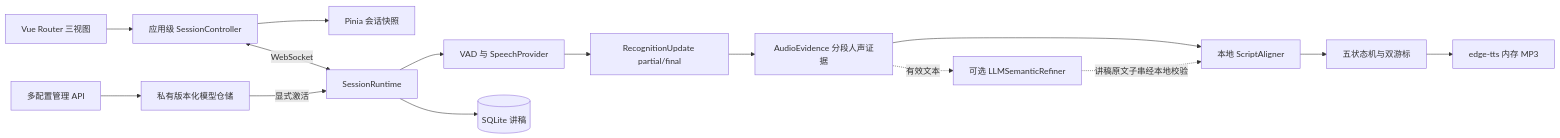
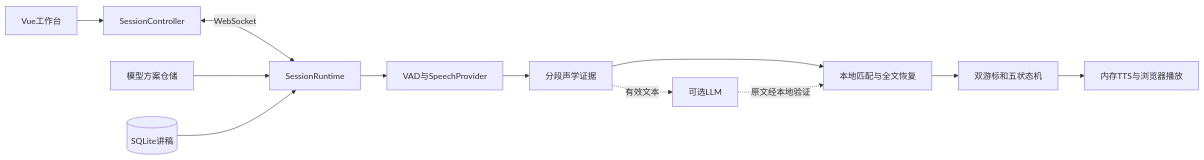
One commit to AstolfoNS/whisper-guide changed the diagram in docs/architecture.md. Above: the diagram before and after it, drawn with Mermaid. The commit also changed other lines of this file and 146 other files, not shown here.

````diff
--- a/docs/architecture.md
+++ b/docs/architecture.md
@@ -5,17 +7,14 @@
 ```mermaid
 flowchart LR
-  V[Vue Router 三视图] --> C[应用级 SessionController]
-  C --> S[Pinia 会话快照]
-  C <-->|WebSocket| A[SessionRuntime]
-  A --> P[VAD 与 SpeechProvider]
-  P --> R[RecognitionUpdate partial/final]
-  R --> E[AudioEvidence 分段人声证据]
-  E --> L[本地 ScriptAligner]
-  L --> D[五状态机与双游标]
-  D --> T[edge-tts 内存 MP3]
-  E -.有效文本.-> M[可选 LLMSemanticRefiner]
-  M -.讲稿原文子串经本地校验.-> L
-  F[多配置管理 API] --> Q[私有版本化模型仓储]
-  Q -->|显式激活| A
-  A --> B[(SQLite 讲稿)]
+  V[Vue工作台] --> C[SessionController]
+  C <-->|WebSocket| R[SessionRuntime]
+  R --> A[VAD与SpeechProvider]
+  A --> E[分段声学证据]
+  E --> L[本地匹配与全文恢复]
+  L --> S[双游标和五状态机]
+  S --> T[内存TTS与浏览器播放]
+  E -.有效文本.-> M[可选LLM]
+  M -.原文经本地验证.-> L
+  P[模型方案仓储] --> R
+  D[(SQLite讲稿)] --> R
 ```
````
